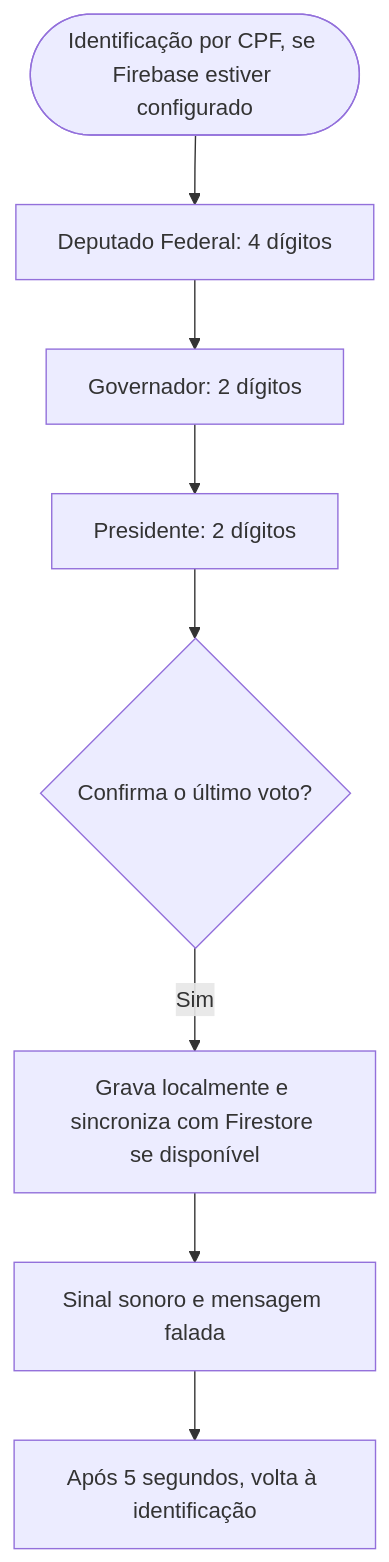
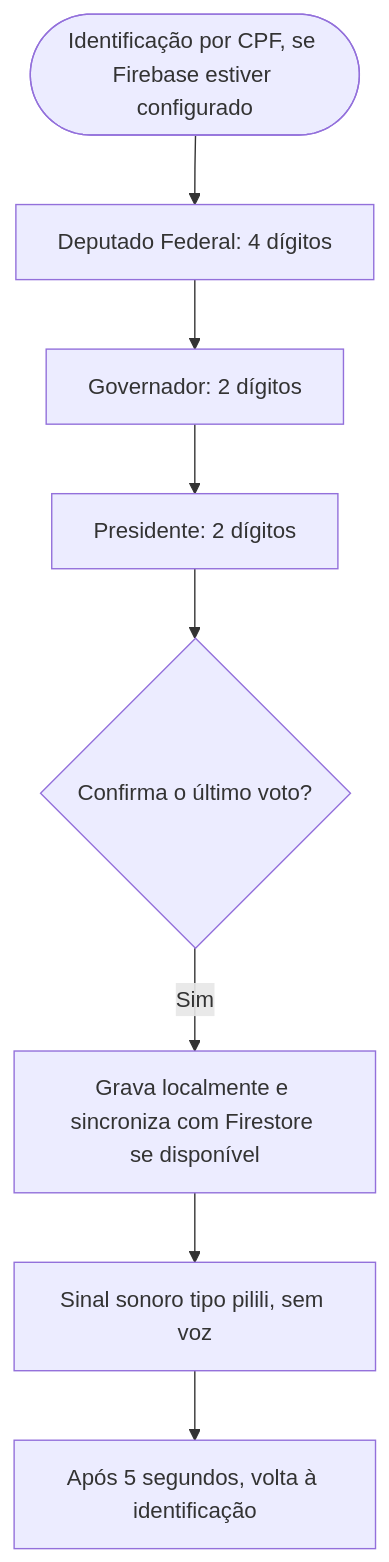
Before and after one commit to Sudo-Marco/urna-cidada: the diagram in README.md, drawn with Mermaid. The commit also changed other lines of this file and 3 other files, not shown here.

Commit message:
fix: usar sinal pilili sem mensagem falada

````diff
--- a/README.md
+++ b/README.md
@@ -137,10 +137,10 @@
 ```mermaid
 flowchart TD
     A([Identificação por CPF, se Firebase estiver configurado]) --> B[Deputado Federal: 4 dígitos]
     B --> C[Governador: 2 dígitos]
     C --> D[Presidente: 2 dígitos]
     D --> E{Confirma o último voto?}
     E -->|Sim| F[Grava localmente e sincroniza com Firestore se disponível]
-    F --> G[Sinal sonoro e mensagem falada]
+    F --> G[Sinal sonoro tipo pilili, sem voz]
     G --> H[Após 5 segundos, volta à identificação]
 ```
````
